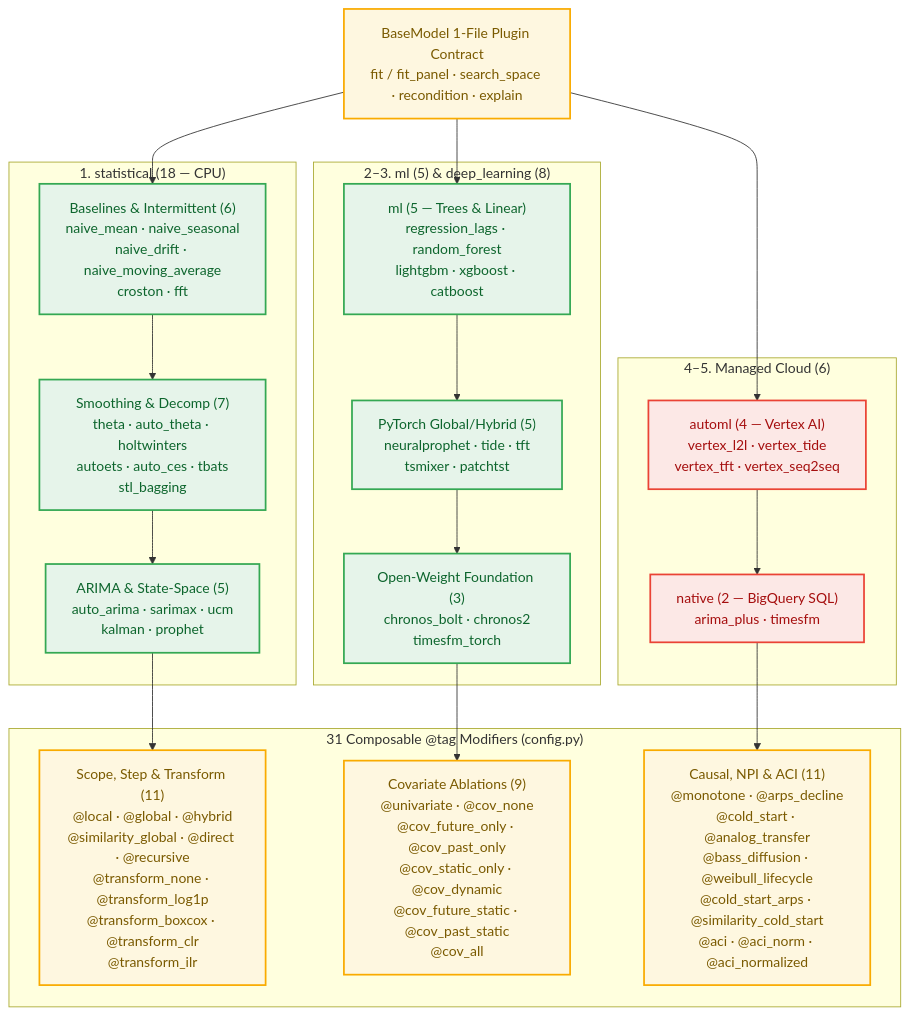
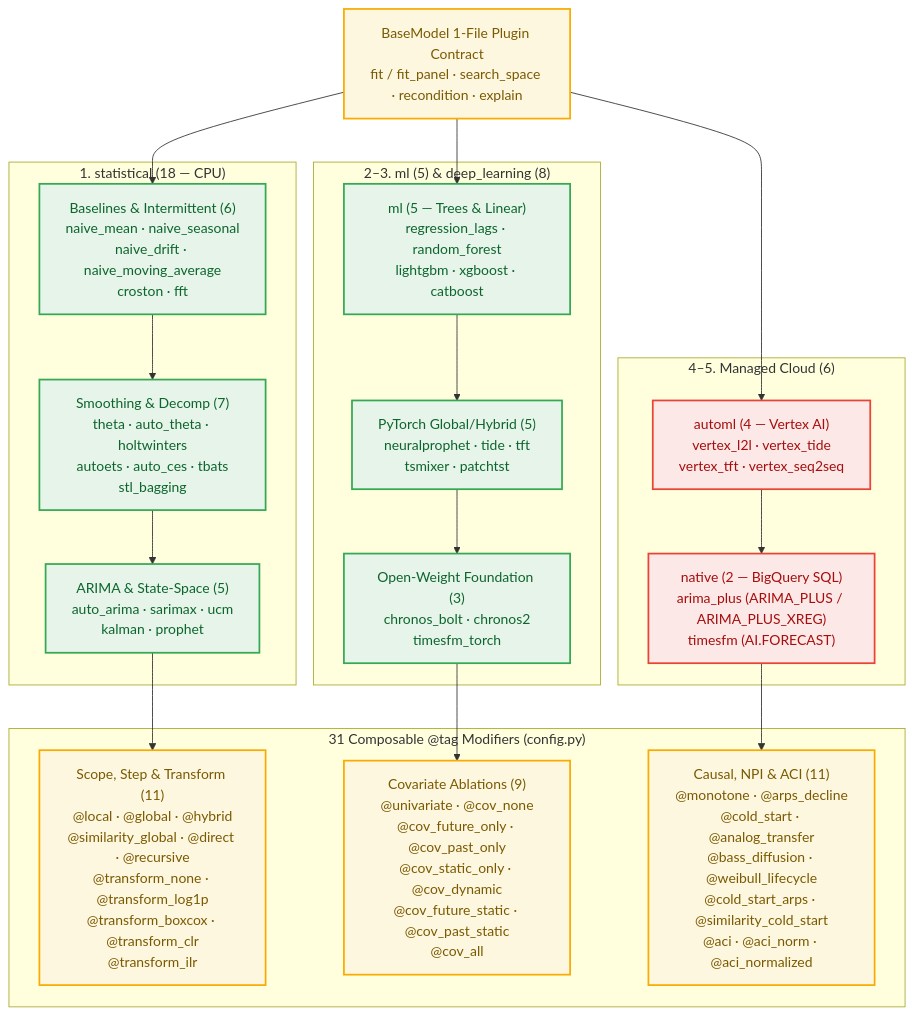
Before and after one commit to statmike/scale-forecasting: the ninth of 17 diagrams in docs/visual_architecture.md, drawn with Mermaid. The commit also changed 7 other files, not shown here.

Commit message:
feat(bq-agent,docs): title agent conversations and clarify ARIMA_PLUS_XREG & showcase metrics

````diff
--- a/docs/visual_architecture.md
+++ b/docs/visual_architecture.md
@@ -375,42 +375,42 @@
 ```mermaid
 flowchart TD
     BM["BaseModel 1-File Plugin Contract<br/>fit / fit_panel · search_space · recondition · explain"]
 
     subgraph PY_STAT["1. statistical (18 — CPU)"]
         ST1["Baselines & Intermittent (6)<br/>naive_mean · naive_seasonal<br/>naive_drift · naive_moving_average<br/>croston · fft"]
         ST2["Smoothing & Decomp (7)<br/>theta · auto_theta · holtwinters<br/>autoets · auto_ces · tbats<br/>stl_bagging"]
         ST3["ARIMA & State-Space (5)<br/>auto_arima · sarimax · ucm<br/>kalman · prophet"]
         ST1 --> ST2 --> ST3
     end
 
     subgraph PY_MLDL["2–3. ml (5) & deep_learning (8)"]
         ML1["ml (5 — Trees & Linear)<br/>regression_lags · random_forest<br/>lightgbm · xgboost · catboost"]
         DL1["PyTorch Global/Hybrid (5)<br/>neuralprophet · tide · tft<br/>tsmixer · patchtst"]
         DL2["Open-Weight Foundation (3)<br/>chronos_bolt · chronos2<br/>timesfm_torch"]
         ML1 --> DL1 --> DL2
     end
 
     subgraph MGD_FAMS["4–5. Managed Cloud (6)"]
         AM1["automl (4 — Vertex AI)<br/>vertex_l2l · vertex_tide<br/>vertex_tft · vertex_seq2seq"]
-        NT1["native (2 — BigQuery SQL)<br/>arima_plus · timesfm"]
+        NT1["native (2 — BigQuery SQL)<br/>arima_plus (ARIMA_PLUS / ARIMA_PLUS_XREG)<br/>timesfm (AI.FORECAST)"]
         AM1 --> NT1
     end
 
     subgraph TAGS["31 Composable @tag Modifiers (config.py)"]
         TAG_1["Scope, Step & Transform (11)<br/>@local · @global · @hybrid<br/>@similarity_global · @direct · @recursive<br/>@transform_none · @transform_log1p<br/>@transform_boxcox · @transform_clr<br/>@transform_ilr"]
         TAG_2["Covariate Ablations (9)<br/>@univariate · @cov_none<br/>@cov_future_only · @cov_past_only<br/>@cov_static_only · @cov_dynamic<br/>@cov_future_static · @cov_past_static<br/>@cov_all"]
         TAG_3["Causal, NPI & ACI (11)<br/>@monotone · @arps_decline<br/>@cold_start · @analog_transfer<br/>@bass_diffusion · @weibull_lifecycle<br/>@cold_start_arps · @similarity_cold_start<br/>@aci · @aci_norm · @aci_normalized"]
     end
 
     BM --> ST1 & ML1 & AM1
     ST3 --> TAG_1
     DL2 --> TAG_2
     NT1 --> TAG_3
 
     classDef config fill:#FEF7E0,stroke:#F9AB00,stroke-width:2px,color:#7A5A00
     classDef route fill:#FCE8E6,stroke:#EA4335,stroke-width:2px,color:#A50E0E
     classDef compute fill:#E6F4EA,stroke:#34A853,stroke-width:2px,color:#0D652D
     class BM,TAG_1,TAG_2,TAG_3 config
     class AM1,NT1 route
     class ST1,ST2,ST3,ML1,DL1,DL2 compute
 ```
````
